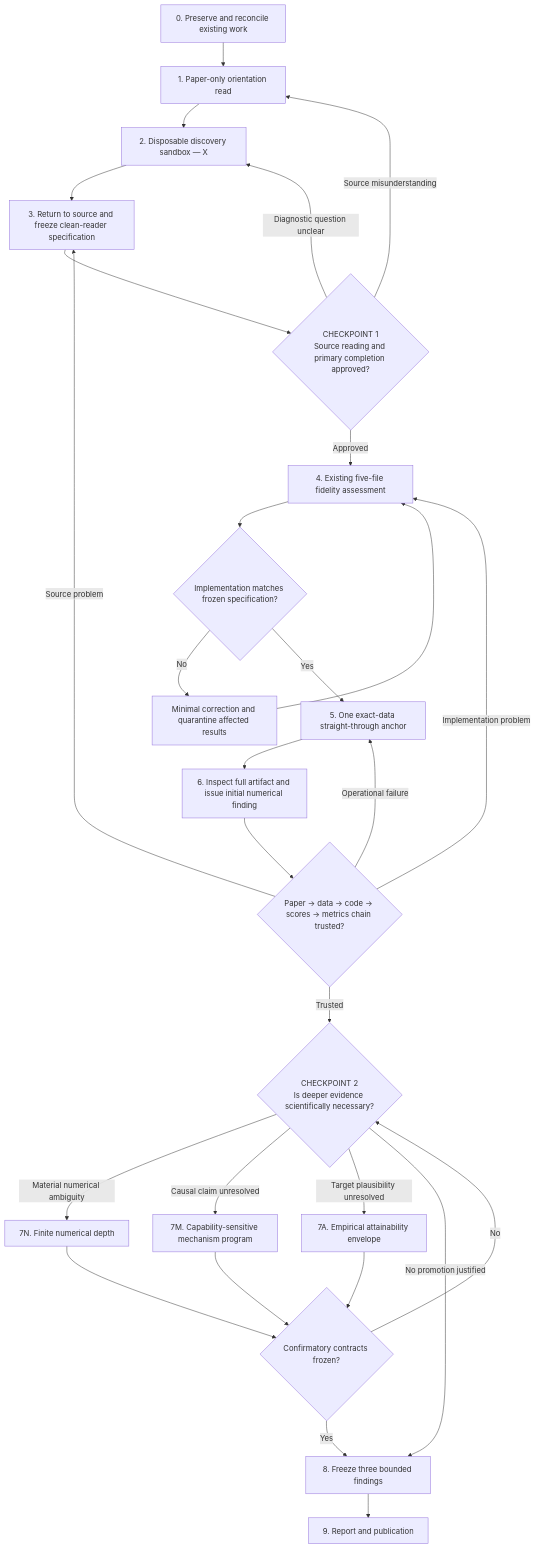
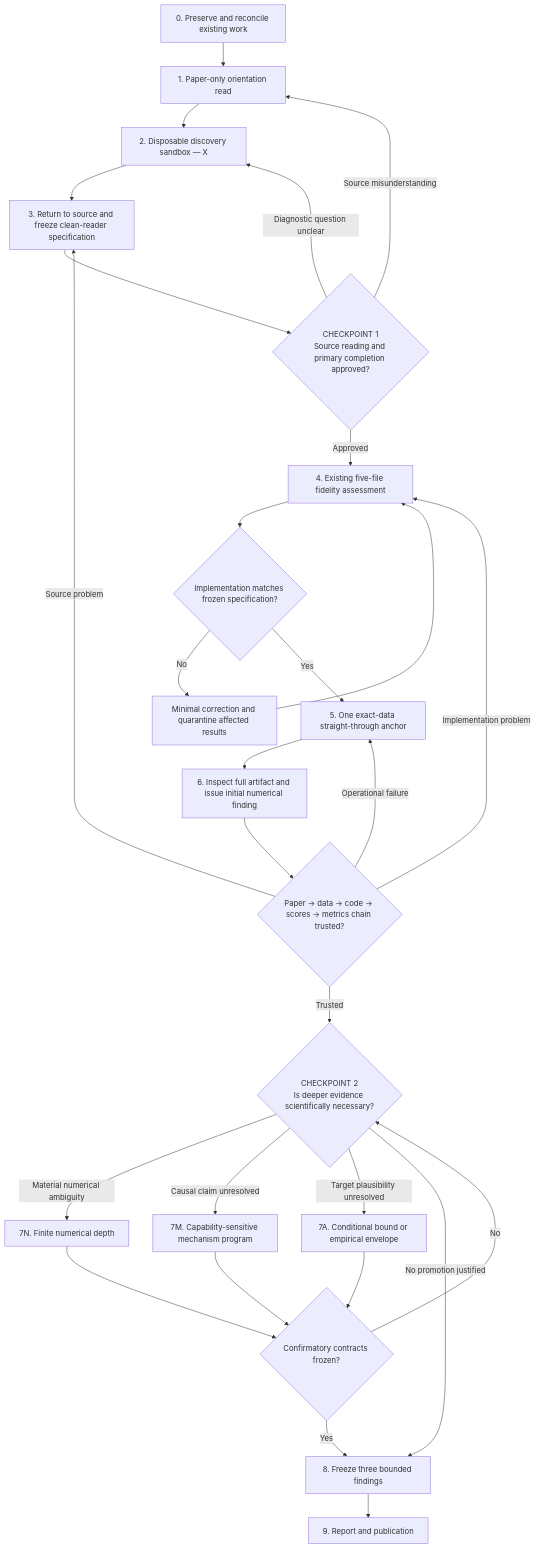
Before and after one commit to fjoad/atk-evidence: the diagram in docs/plans/2026-08-23-clean-reader-reproduction-rebase.md, drawn with Mermaid. The commit also changed other lines of this file and 19 other files, not shown here.

Commit message:
Publish conditional performance bound and useful-work findings

````diff
--- a/docs/plans/2026-08-23-clean-reader-reproduction-rebase.md
+++ b/docs/plans/2026-08-23-clean-reader-reproduction-rebase.md
@@ -93,35 +96,35 @@
 ```mermaid
 flowchart TD
     P0["0. Preserve and reconcile existing work"] --> P1["1. Paper-only orientation read"]
     P1 --> P2["2. Disposable discovery sandbox — X"]
     P2 --> P3["3. Return to source and freeze clean-reader specification"]
     P3 --> C1{"CHECKPOINT 1\nSource reading and primary completion approved?"}
 
     C1 -- "Source misunderstanding" --> P1
     C1 -- "Diagnostic question unclear" --> P2
     C1 -- "Approved" --> P4["4. Existing five-file fidelity assessment"]
 
     P4 --> F{"Implementation matches frozen specification?"}
     F -- "No" --> Q["Minimal correction and quarantine affected results"]
     Q --> P4
     F -- "Yes" --> P5["5. One exact-data straight-through anchor"]
 
     P5 --> P6["6. Inspect full artifact and issue initial numerical finding"]
     P6 --> T{"Paper → data → code → scores → metrics chain trusted?"}
     T -- "Source problem" --> P3
     T -- "Implementation problem" --> P4
     T -- "Operational failure" --> P5
     T -- "Trusted" --> C2{"CHECKPOINT 2\nIs deeper evidence scientifically necessary?"}
 
     C2 -- "Material numerical ambiguity" --> N["7N. Finite numerical depth"]
     C2 -- "Causal claim unresolved" --> M["7M. Capability-sensitive mechanism program"]
-    C2 -- "Target plausibility unresolved" --> A["7A. Empirical attainability envelope"]
+    C2 -- "Target plausibility unresolved" --> A["7A. Conditional bound or empirical envelope"]
     C2 -- "No promotion justified" --> P8["8. Freeze three bounded findings"]
 
     N --> C3{"Confirmatory contracts frozen?"}
     M --> C3
     A --> C3
     C3 -- "No" --> C2
     C3 -- "Yes" --> P8
     P8 --> P9["9. Report and publication"]
 ```
````
